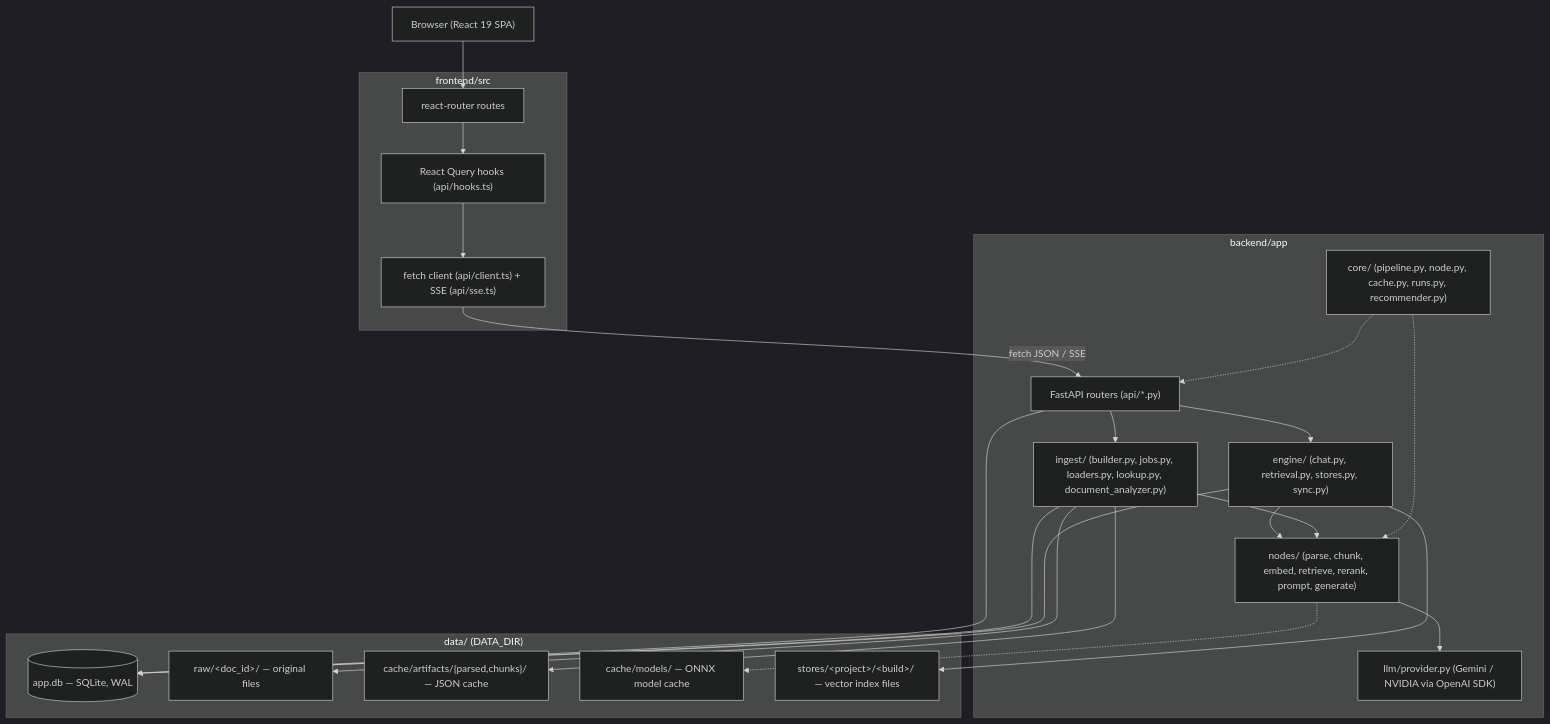
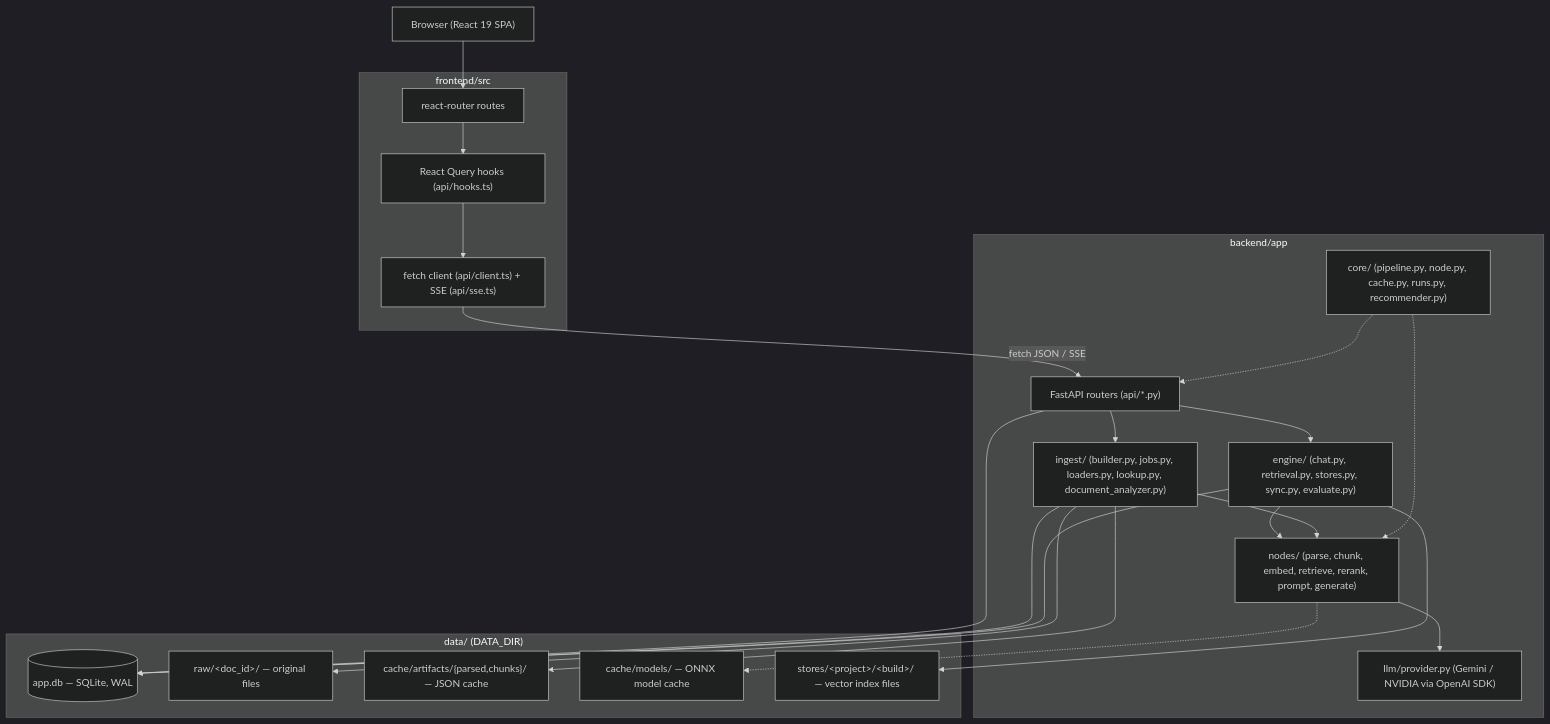
The first of 4 diagrams in DEVELOPER_ARCHITECTURE.md (anurag-njr11/Rag-Labs), drawn with Mermaid (dark theme) before and after one commit. The commit also changed other lines of this file and 19 other files, not shown here.

First line of the commit message:
Add Evaluate tab: auto-generated eval sets and retrieval scoring

````diff
--- a/DEVELOPER_ARCHITECTURE.md
+++ b/DEVELOPER_ARCHITECTURE.md
@@ -15,41 +15,41 @@
 ```mermaid
 flowchart TB
     Browser["Browser (React 19 SPA)"]
     subgraph FE["frontend/src"]
         Router["react-router routes"]
         Hooks["React Query hooks (api/hooks.ts)"]
         Client["fetch client (api/client.ts) + SSE (api/sse.ts)"]
     end
     subgraph BE["backend/app"]
         API["FastAPI routers (api/*.py)"]
-        Engine["engine/ (chat.py, retrieval.py, stores.py, sync.py)"]
+        Engine["engine/ (chat.py, retrieval.py, stores.py, sync.py, evaluate.py)"]
         Nodes["nodes/ (parse, chunk, embed, retrieve, rerank, prompt, generate)"]
         Ingest["ingest/ (builder.py, jobs.py, loaders.py, lookup.py, document_analyzer.py)"]
         Core["core/ (pipeline.py, node.py, cache.py, runs.py, recommender.py)"]
         LLM["llm/provider.py (Gemini / NVIDIA via OpenAI SDK)"]
     end
     subgraph Data["data/ (DATA_DIR)"]
         DB[("app.db — SQLite, WAL")]
         Raw["raw/&lt;doc_id&gt;/ — original files"]
         CacheDir["cache/artifacts/{parsed,chunks}/ — JSON cache"]
         ModelsDir["cache/models/ — ONNX model cache"]
         Stores["stores/&lt;project&gt;/&lt;build&gt;/ — vector index files"]
     end
 
     Browser --> Router --> Hooks --> Client
     Client -- "fetch JSON / SSE" --> API
     API --> Ingest
     API --> Engine
     Engine --> Nodes
     Ingest --> Nodes
     Nodes --> LLM
     Nodes -.-> ModelsDir
     Ingest --> Raw
     Ingest --> CacheDir
     Engine --> Stores
     API --> DB
     Ingest --> DB
     Engine --> DB
     Core -.-> API
     Core -.-> Nodes
 ```
````
